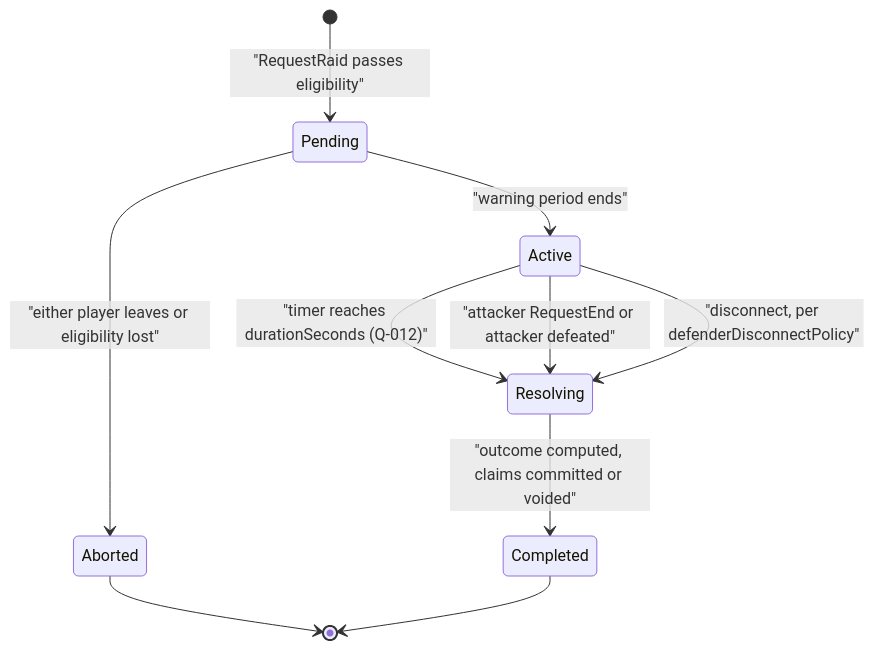
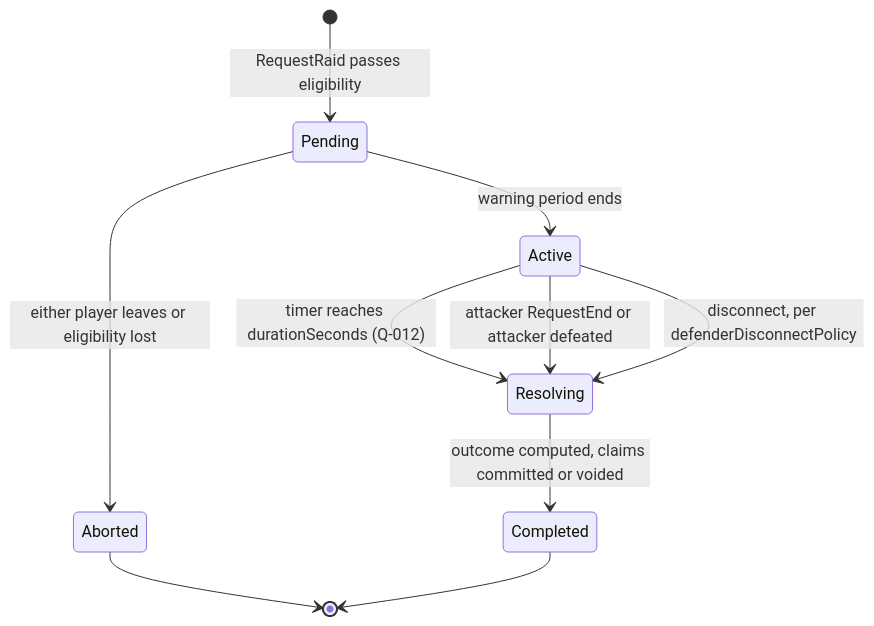
One commit to shrp1434/ZeroCheat changed the diagram in Fight Animals for Eggs - Game Design Bible/15 - TECHNICAL ARCHITECTURE/Services/Service - RaidService.md. Above: the diagram before and after it, drawn with Mermaid. The commit also changed other lines of this file and 21 other files, not shown here.

First line of the commit message:
Add technical architecture and service specifications; vault progress

````diff
--- a/Fight Animals for Eggs - Game Design Bible/15 - TECHNICAL ARCHITECTURE/Services/Service - RaidService.md
+++ b/Fight Animals for Eggs - Game Design Bible/15 - TECHNICAL ARCHITECTURE/Services/Service - RaidService.md
@@ -123,12 +123,12 @@
 ```mermaid
 stateDiagram-v2
-    [*] --> Pending: "RequestRaid passes eligibility"
-    Pending --> Active: "warning period ends"
-    Pending --> Aborted: "either player leaves or eligibility lost"
-    Active --> Resolving: "timer reaches durationSeconds (Q-012)"
-    Active --> Resolving: "attacker RequestEnd or attacker defeated"
-    Active --> Resolving: "disconnect, per defenderDisconnectPolicy"
-    Resolving --> Completed: "outcome computed, claims committed or voided"
+    [*] --> Pending: RequestRaid passes eligibility
+    Pending --> Active: warning period ends
+    Pending --> Aborted: either player leaves or eligibility lost
+    Active --> Resolving: timer reaches durationSeconds (Q-012)
+    Active --> Resolving: attacker RequestEnd or attacker defeated
+    Active --> Resolving: disconnect, per defenderDisconnectPolicy
+    Resolving --> Completed: outcome computed, claims committed or voided
     Aborted --> [*]
     Completed --> [*]
 ```
````
